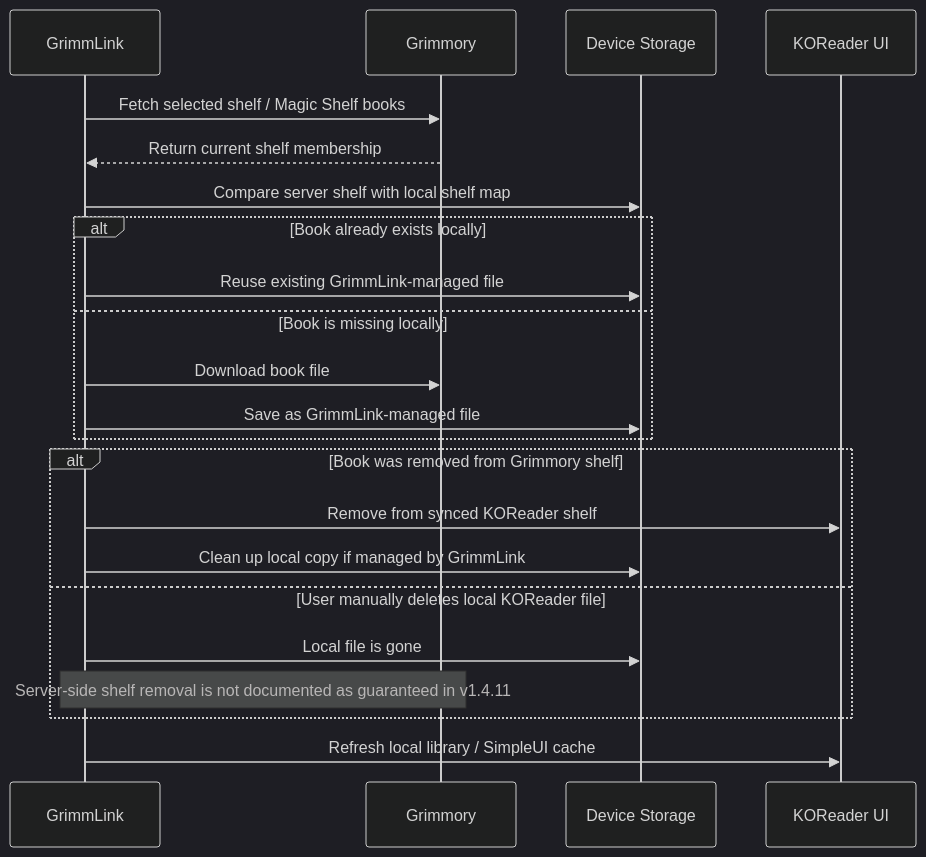
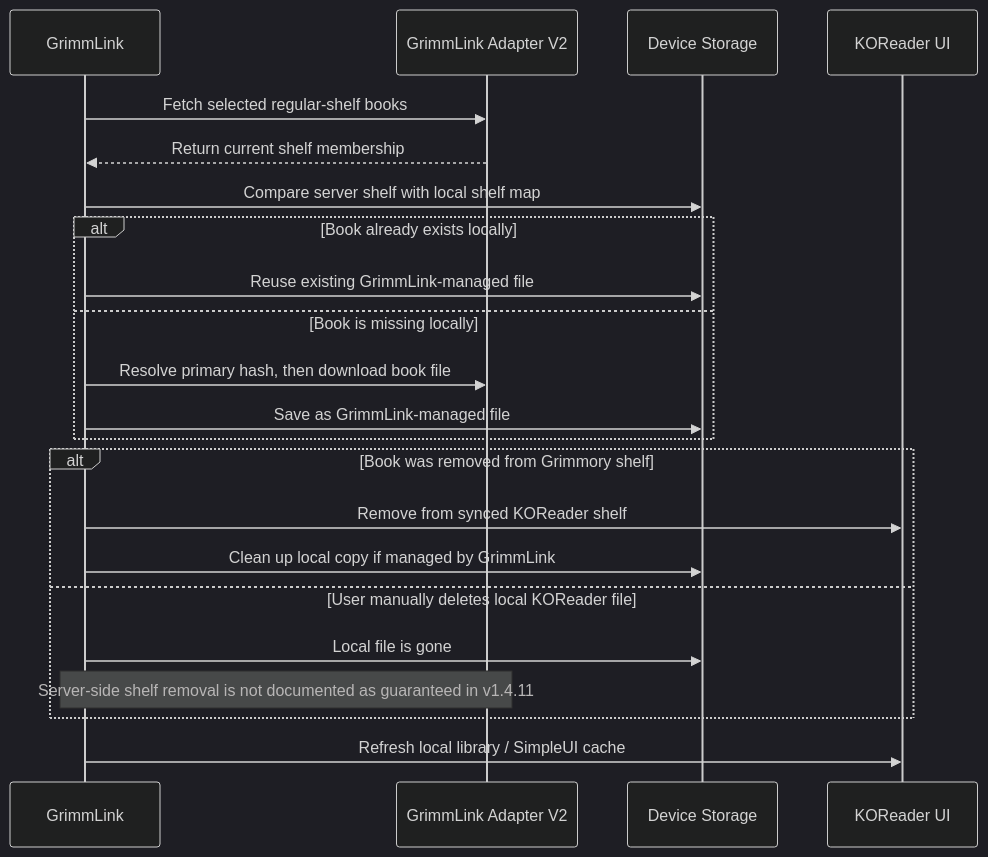
The third of 3 diagrams in README.md (0xstillb/GrimmLink), drawn with Mermaid (dark theme) before and after one commit. The commit also changed other lines of this file and 9 other files, not shown here.

Commit message:
Adapt GrimmLink plugin to Adapter V2

````diff
--- a/README.md
+++ b/README.md
@@ -359,28 +358,28 @@
 ```mermaid
 sequenceDiagram
     participant G as GrimmLink
-    participant S as Grimmory
+    participant S as GrimmLink Adapter V2
     participant D as Device Storage
     participant U as KOReader UI
 
-    G->>S: Fetch selected shelf / Magic Shelf books
+    G->>S: Fetch selected regular-shelf books
     S-->>G: Return current shelf membership
     G->>D: Compare server shelf with local shelf map
 
     alt Book already exists locally
         G->>D: Reuse existing GrimmLink-managed file
     else Book is missing locally
-        G->>S: Download book file
+        G->>S: Resolve primary hash, then download book file
         G->>D: Save as GrimmLink-managed file
     end
 
     alt Book was removed from Grimmory shelf
         G->>U: Remove from synced KOReader shelf
         G->>D: Clean up local copy if managed by GrimmLink
     else User manually deletes local KOReader file
         G->>D: Local file is gone
         Note over G,S: Server-side shelf removal is not documented as guaranteed in v1.4.11
     end
 
     G->>U: Refresh local library / SimpleUI cache
 ```
````
